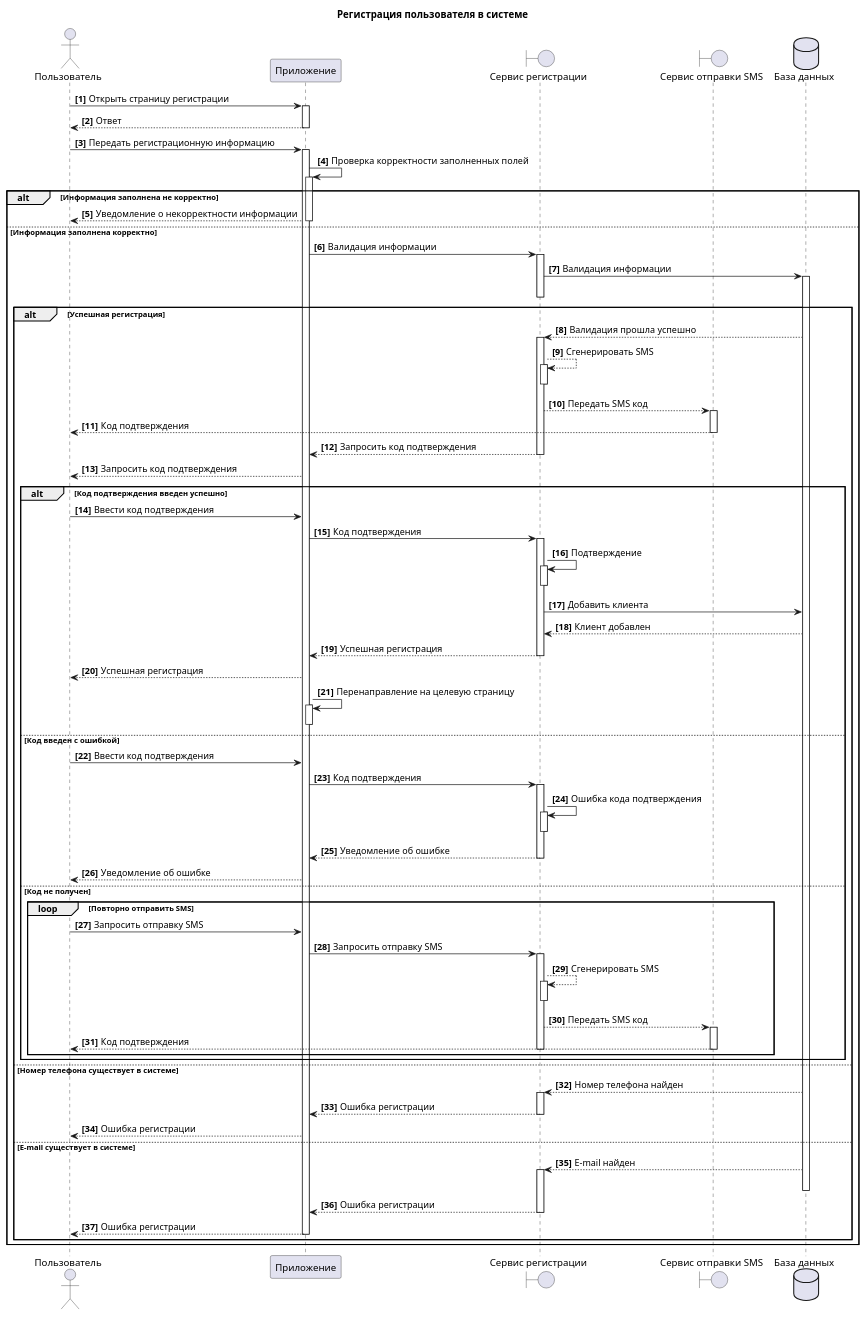
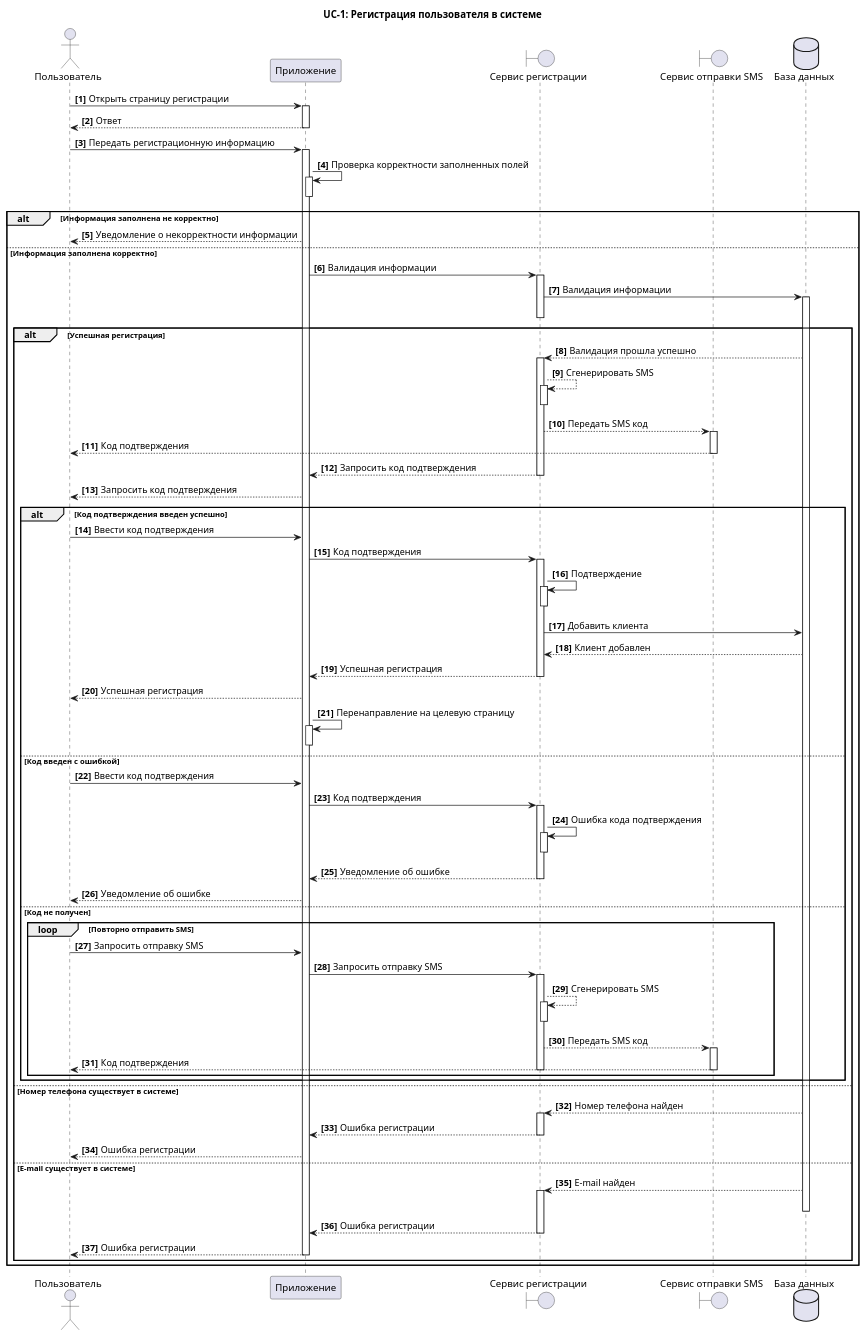
One commit to Mimitrii/RoboPoint changed the diagram in 5_UML/UC_1_Registration.wsd. Above: the diagram before and after it, drawn with PlantUML. The commit also changed 11 other files, not shown here.

```diff
--- a/5_UML/UC_1_Registration.wsd
+++ b/5_UML/UC_1_Registration.wsd
@@ -1,76 +1,76 @@
 @startuml
-title Регистрация пользователя в системе
+title UC-1: Регистрация пользователя в системе
 actor "Пользователь" as U 
 participant  "Приложение" as A 
 boundary "Сервис регистрации" as S
 boundary "Сервис отправки SMS" as SMS
 dataBase "База данных" as DB 
 autonumber "<b>[0]"  
 
 U->A++: Открыть страницу регистрации
 return Ответ
 U->A++: Передать регистрационную информацию
 A->A++: Проверка корректности заполненных полей
+A--
 alt Информация заполнена не корректно
 A-->U:Уведомление о некорректности информации
 else  Информация заполнена корректно
-A--
 A->S++: Валидация информации
 S->DB++: Валидация информации
 alt Успешная регистрация
 S--
 DB-->S++: Валидация прошла успешно
 S-->S++: Сгенерировать SMS
 S--
 S-->SMS++: Передать SMS код
 SMS-->U--: Код подтверждения
 S-->A: Запросить код подтверждения
 S--
 A-->U: Запросить код подтверждения
 
 alt Код подтверждения введен успешно
 U->A: Ввести код подтверждения
 A->S++: Код подтверждения
 S->S++: Подтверждение
 S--
 S->DB: Добавить клиента
 DB-->S: Клиент добавлен
 S-->A: Успешная регистрация
 S--
 A-->U: Успешная регистрация
 A->A++:Перенаправление на целевую страницу
 A--
 else Код введен с ошибкой
 U->A: Ввести код подтверждения
 A->S++: Код подтверждения
 S->S++: Ошибка кода подтверждения
 S--
 S-->A: Уведомление об ошибке
 S--
 A-->U: Уведомление об ошибке
 else Код не получен
 loop Повторно отправить SMS
 U->A: Запросить отправку SMS
 A->S++: Запросить отправку SMS
 S-->S++: Сгенерировать SMS
 S--
 S-->SMS++: Передать SMS код
 SMS-->U--: Код подтверждения
 S--
 end
 end
 else Номер телефона существует в системе
 DB-->S++: Номер телефона найден
 S-->A: Ошибка регистрации
 S--
 A-->U: Ошибка регистрации
 else E-mail существует в системе
 DB-->S++: E-mail найден
 DB--
 S-->A: Ошибка регистрации
 S--
 A-->U: Ошибка регистрации
 A--
 end
 end
 @enduml
```
